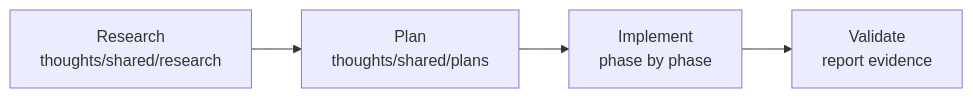
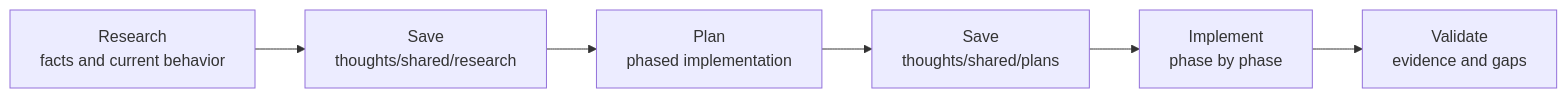
Before and after one commit to saski/augmentedcode-configuration: the second of 2 diagrams in README.md, drawn with Mermaid. The commit also changed other lines of this file, not shown here.

````diff
--- a/README.md
+++ b/README.md
@@ -134,9 +184,11 @@
 ```mermaid
 flowchart LR
-    research["Research\nthoughts/shared/research"]
-    plan["Plan\nthoughts/shared/plans"]
-    implement["Implement\nphase by phase"]
-    validate["Validate\nreport evidence"]
+    research["Research<br/>facts and current behavior"]
+    save1["Save<br/>thoughts/shared/research"]
+    plan["Plan<br/>phased implementation"]
+    save2["Save<br/>thoughts/shared/plans"]
+    implement["Implement<br/>phase by phase"]
+    validate["Validate<br/>evidence and gaps"]
 
-    research --> plan --> implement --> validate
+    research --> save1 --> plan --> save2 --> implement --> validate
 ```
````
